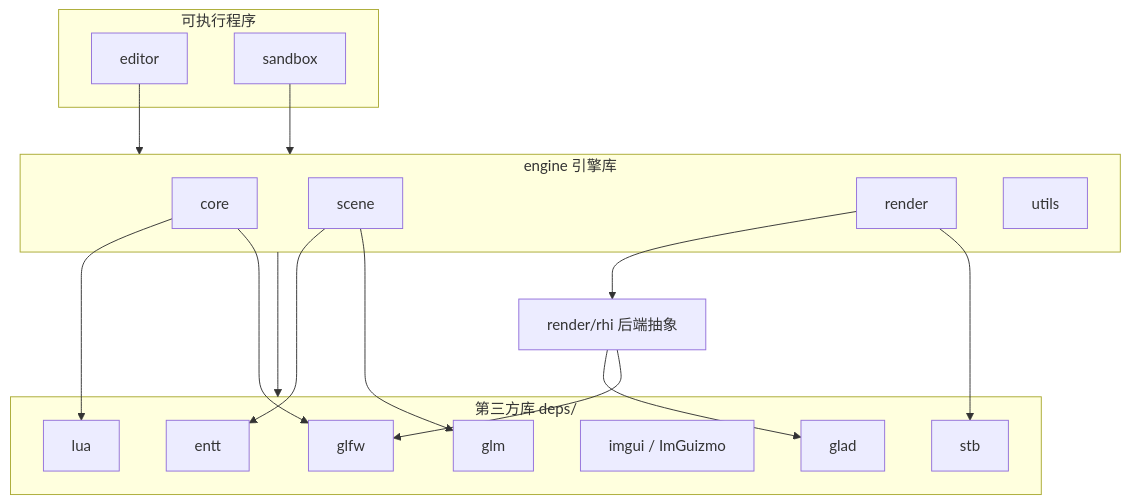
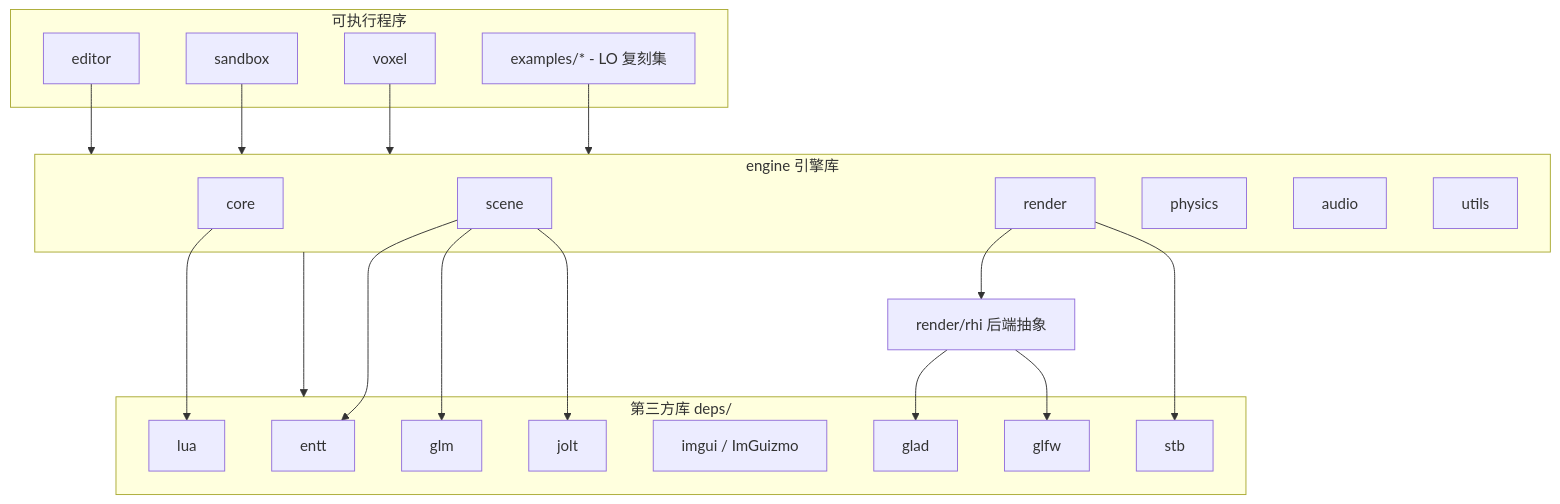
One commit to MiaoHN/MEngine changed the first of 2 diagrams in docs/architecture.md. Above: the diagram before and after it, drawn with Mermaid. The commit also changed other lines of this file and 2 other files, not shown here.

Commit message:
docs: sync architecture/rendering/status for M6 LO-porting era (3 pipelines, tone modes, BRDF LUT, IBL specular toggle, examples tree)

````diff
--- a/docs/architecture.md
+++ b/docs/architecture.md
@@ -7,37 +7,44 @@
 ```mermaid
 graph TB
     subgraph Apps["可执行程序"]
         ED[editor]
         SB[sandbox]
+        VX[voxel]
+        EX[examples/* - LO 复刻集]
     end
 
     subgraph Engine["engine 引擎库"]
         CORE[core]
         SCENE[scene]
         RENDER[render]
+        PHYS[physics]
+        AUDIO[audio]
         UTILS[utils]
     end
 
     subgraph Deps["第三方库 deps/"]
         ENTT[entt]
         GLFW[glfw]
         GLAD[glad]
         GLM[glm]
         IMGUI[imgui / ImGuizmo]
+        JOLT[jolt]
         LUA[lua]
         STB[stb]
     end
 
     ED --> Engine
     SB --> Engine
+    VX --> Engine
+    EX --> Engine
     Engine --> Deps
 
     RENDER --> RHI["render/rhi 后端抽象"]
     RHI --> GLAD
     RHI --> GLFW
     SCENE --> ENTT
     SCENE --> GLM
+    SCENE --> JOLT
     CORE --> LUA
-    CORE --> GLFW
     RENDER --> STB
 ```
````
